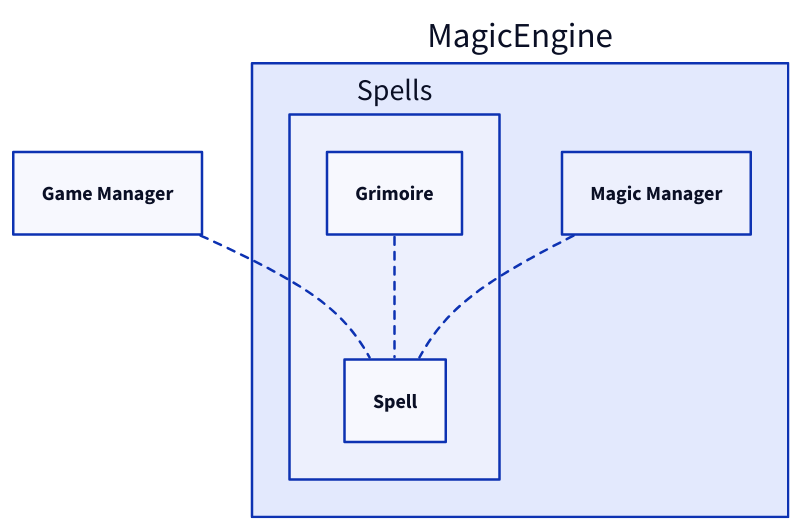
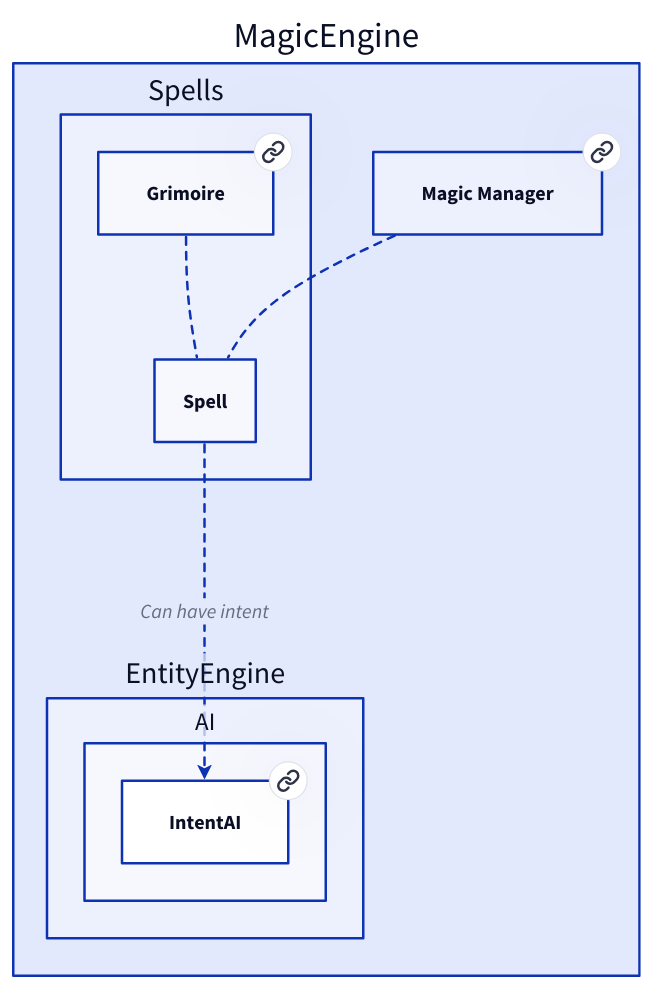
One commit to Portevent/Brume-Documentation changed the diagram in doc/MagicEngine/Spells/Spell.md. Above: the diagram before and after it, drawn with D2. The commit also changed 88 other files, not shown here.

````diff
--- a/doc/MagicEngine/Spells/Spell.md
+++ b/doc/MagicEngine/Spells/Spell.md
@@ -25,16 +25,29 @@
 ```d2
 # Nodes :
-GameManager: Game Manager
 MagicEngine: {
+    EntityEngine: {
+        AI: {
+            IntentAI: IntentAI {
+               link: IntentAI
+            }
+        }
+    }
     Spells: {
-        Grimoire: Grimoire
+        Grimoire: Grimoire {
+           link: Grimoire
+        }
     }
-    MagicManager: Magic Manager
+    MagicManager: Magic Manager {
+       link: MagicManager
+    }
 }
 
 # Links :
-GameManager -- MagicEngine.Spells.Spell: {style.stroke-dash: 3}
 MagicEngine.Spells.Grimoire -- MagicEngine.Spells.Spell: {style.stroke-dash: 3}
 MagicEngine.MagicManager -- MagicEngine.Spells.Spell: {style.stroke-dash: 3}
+MagicEngine.Spells.Spell -> MagicEngine.EntityEngine.AI.IntentAI: Can have intent {style.stroke-dash: 3
+source-arrowhead: {}
+target-arrowhead: {shape: arrow}
+}
 
 ```
````
